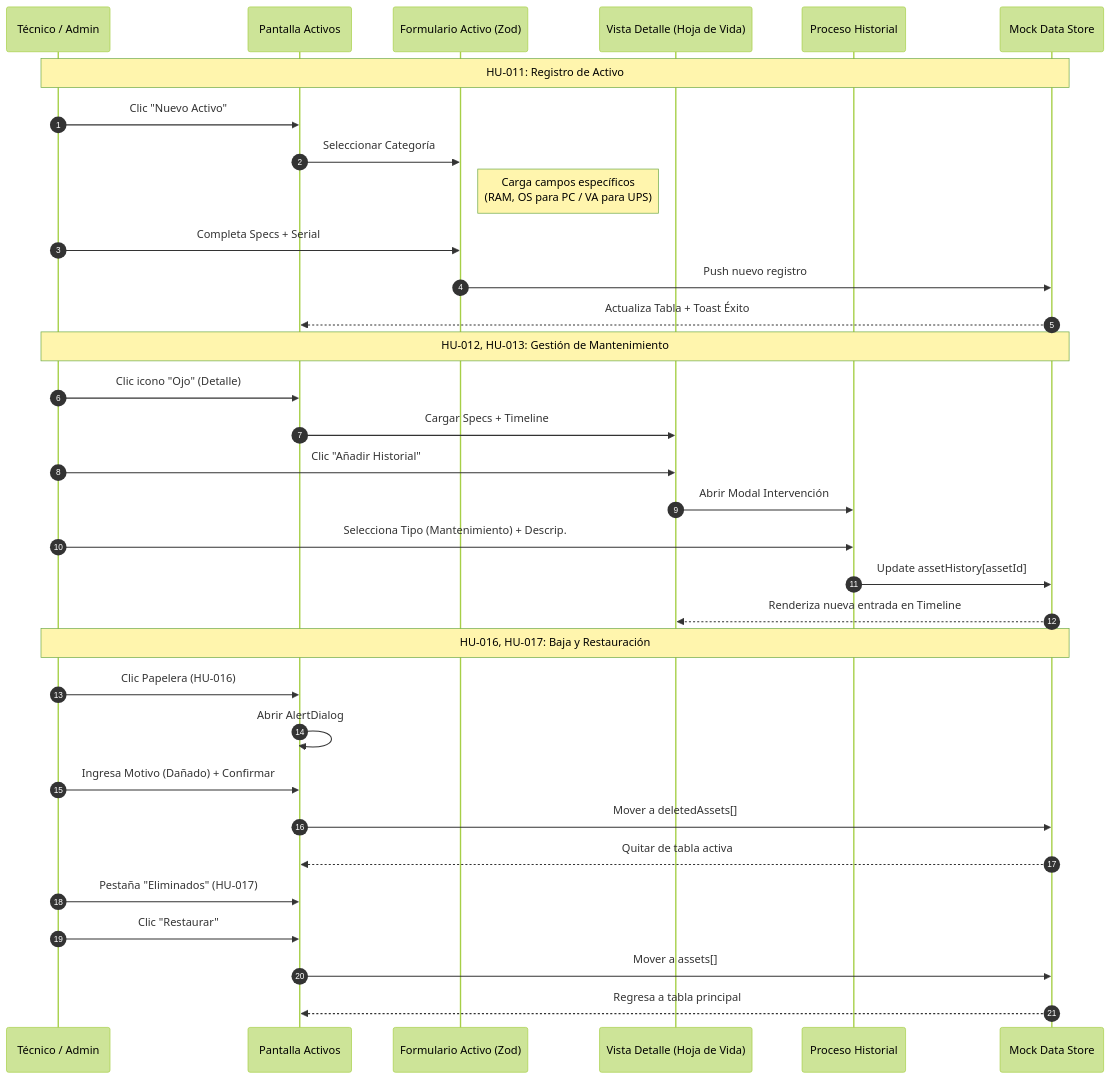
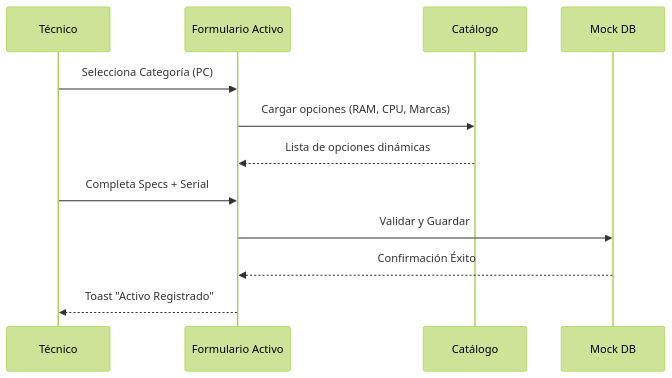
Before and after one commit to KaicerPirata/Proyecto: the second of 2 diagrams in DIAGRAMAS.md, drawn with Mermaid (forest theme). The commit also changed other lines of this file and 3 other files, not shown here.

````diff
--- a/DIAGRAMAS.md
+++ b/DIAGRAMAS.md
@@ -125,39 +57,15 @@
 ```mermaid
 sequenceDiagram
-    autonumber
-    participant T as Técnico / Admin
-    participant LA as Pantalla Activos
-    participant AF as Formulario Activo (Zod)
-    participant VD as Vista Detalle (Hoja de Vida)
-    participant PH as Proceso Historial
-    participant DB as Mock Data Store
+    participant T as Técnico
+    participant UI as Formulario Activo
+    participant C as Catálogo
+    participant DB as Mock DB
 
-    Note over T, DB: HU-011: Registro de Activo
-    T->>LA: Clic "Nuevo Activo"
-    LA->>AF: Seleccionar Categoría
-    Note right of AF: Carga campos específicos<br/>(RAM, OS para PC / VA para UPS)
-    T->>AF: Completa Specs + Serial
-    AF->>DB: Push nuevo registro
-    DB-->>LA: Actualiza Tabla + Toast Éxito
-
-    Note over T, DB: HU-012, HU-013: Gestión de Mantenimiento
-    T->>LA: Clic icono "Ojo" (Detalle)
-    LA->>VD: Cargar Specs + Timeline
-    T->>VD: Clic "Añadir Historial"
-    VD->>PH: Abrir Modal Intervención
-    T->>PH: Selecciona Tipo (Mantenimiento) + Descrip.
-    PH->>DB: Update assetHistory[assetId]
-    DB-->>VD: Renderiza nueva entrada en Timeline
-
-    Note over T, DB: HU-016, HU-017: Baja y Restauración
-    T->>LA: Clic Papelera (HU-016)
-    LA->>LA: Abrir AlertDialog
-    T->>LA: Ingresa Motivo (Dañado) + Confirmar
-    LA->>DB: Mover a deletedAssets[]
-    DB-->>LA: Quitar de tabla activa
-    
-    T->>LA: Pestaña "Eliminados" (HU-017)
-    T->>LA: Clic "Restaurar"
-    LA->>DB: Mover a assets[]
-    DB-->>LA: Regresa a tabla principal
+    T->>UI: Selecciona Categoría (PC)
+    UI->>C: Cargar opciones (RAM, CPU, Marcas)
+    C-->>UI: Lista de opciones dinámicas
+    T->>UI: Completa Specs + Serial
+    UI->>DB: Validar y Guardar
+    DB-->>UI: Confirmación Éxito
+    UI-->>T: Toast "Activo Registrado"
 ```
````
